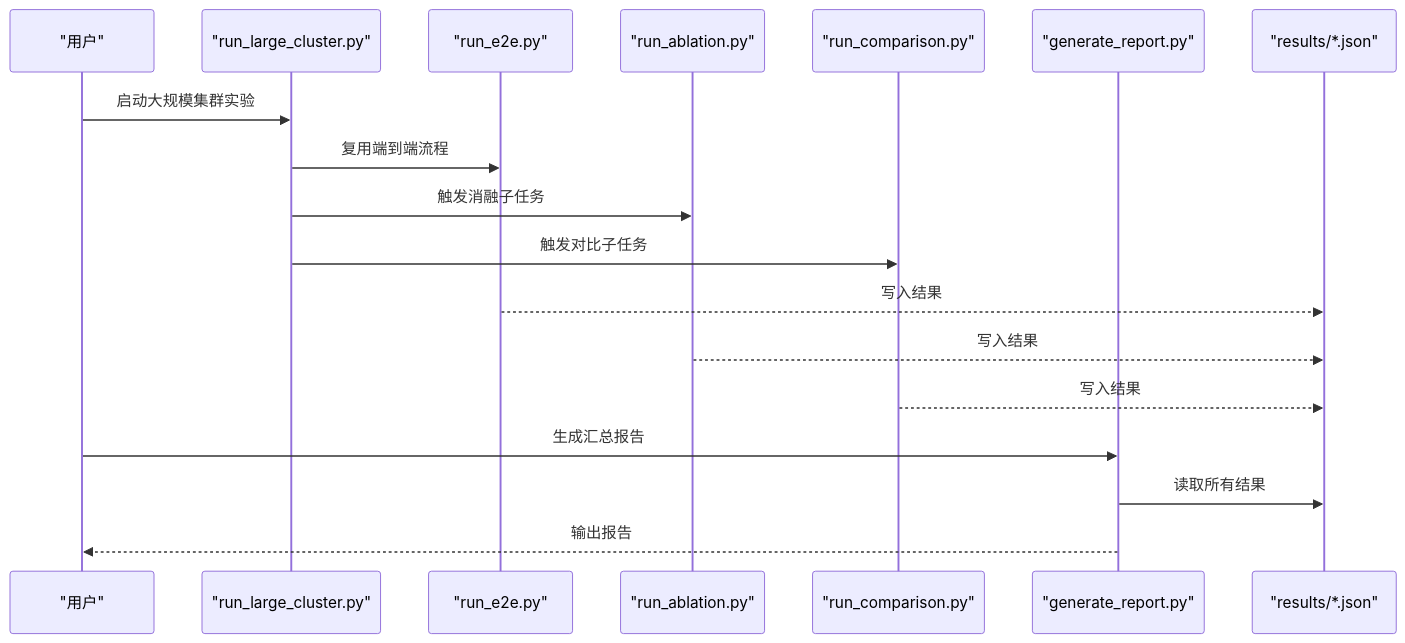
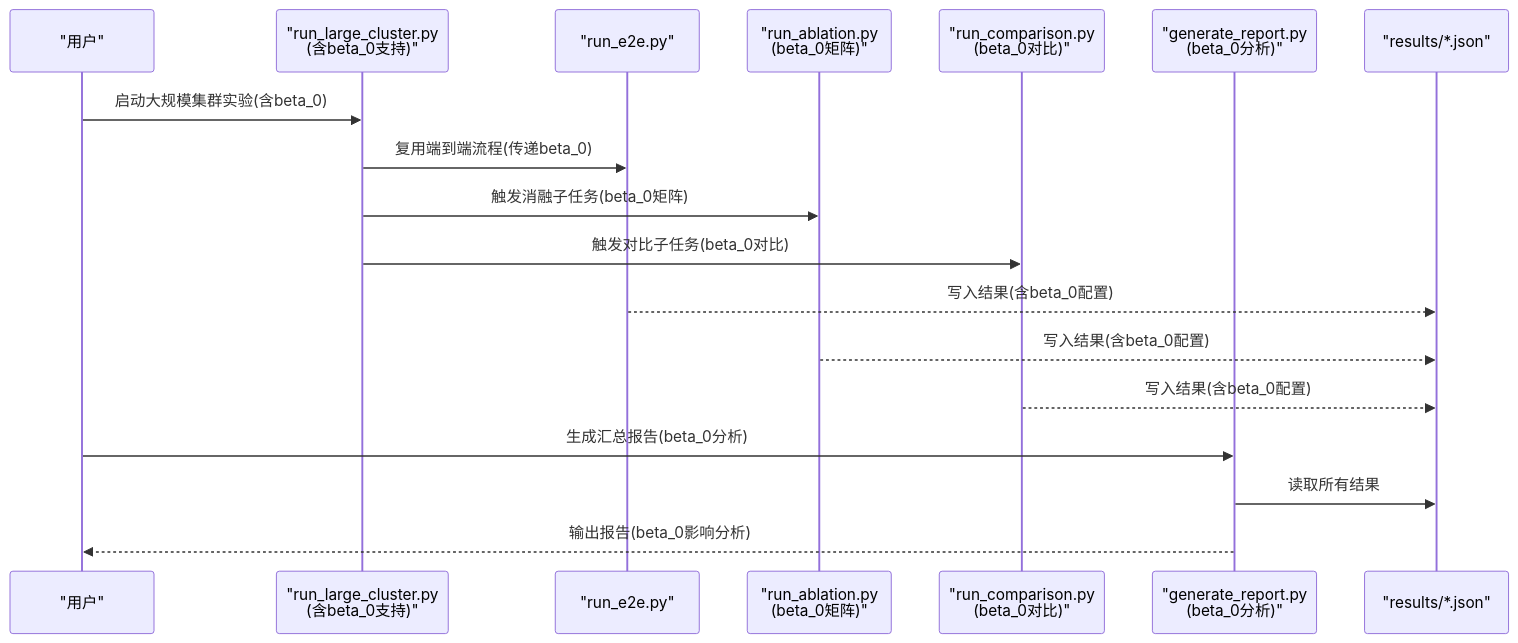
The fifth of 6 diagrams in .qoder/repowiki/zh/content/核心架构/实验框架/大规模集群实验.md (QuStarry/VIB-SparseCommunication), drawn with Mermaid before and after one commit. The commit also changed other lines of this file and 18 other files, not shown here.

````diff
--- a/.qoder/repowiki/zh/content/核心架构/实验框架/大规模集群实验.md
+++ b/.qoder/repowiki/zh/content/核心架构/实验框架/大规模集群实验.md
@@ -238,20 +271,20 @@
 ```mermaid
 sequenceDiagram
 participant User as "用户"
-participant LC as "run_large_cluster.py"
+participant LC as "run_large_cluster.py<br/>(含beta_0支持)"
 participant RE as "run_e2e.py"
-participant AB as "run_ablation.py"
-participant CP as "run_comparison.py"
-participant GR as "generate_report.py"
+participant AB as "run_ablation.py<br/>(beta_0矩阵)"
+participant CP as "run_comparison.py<br/>(beta_0对比)"
+participant GR as "generate_report.py<br/>(beta_0分析)"
 participant FS as "results/*.json"
-User->>LC : 启动大规模集群实验
-LC->>RE : 复用端到端流程
-LC->>AB : 触发消融子任务
-LC->>CP : 触发对比子任务
-RE-->>FS : 写入结果
-AB-->>FS : 写入结果
-CP-->>FS : 写入结果
-User->>GR : 生成汇总报告
+User->>LC : 启动大规模集群实验(含beta_0)
+LC->>RE : 复用端到端流程(传递beta_0)
+LC->>AB : 触发消融子任务(beta_0矩阵)
+LC->>CP : 触发对比子任务(beta_0对比)
+RE-->>FS : 写入结果(含beta_0配置)
+AB-->>FS : 写入结果(含beta_0配置)
+CP-->>FS : 写入结果(含beta_0配置)
+User->>GR : 生成汇总报告(beta_0分析)
 GR->>FS : 读取所有结果
-GR-->>User : 输出报告
+GR-->>User : 输出报告(beta_0影响分析)
 ```
````
